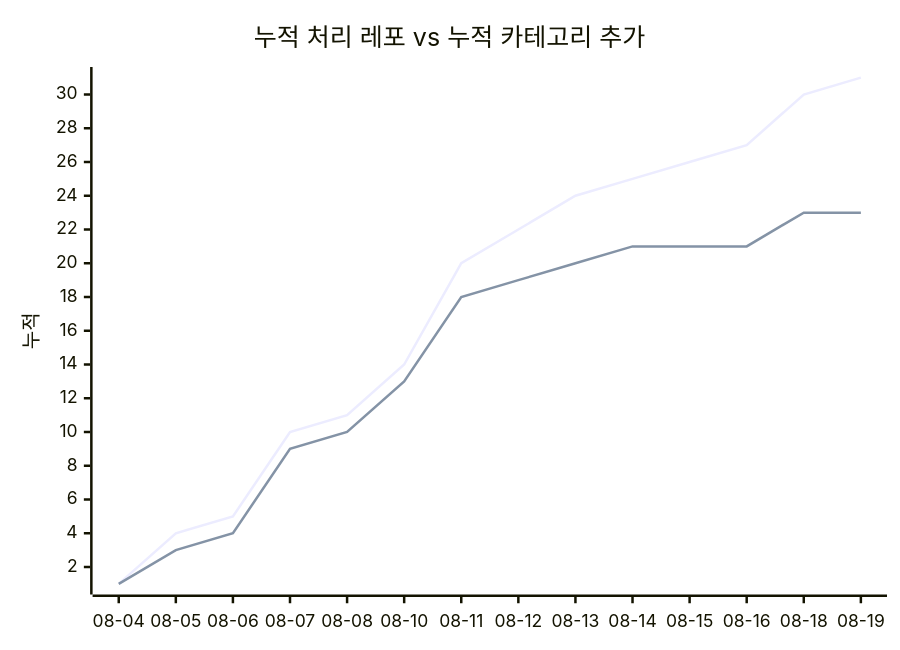
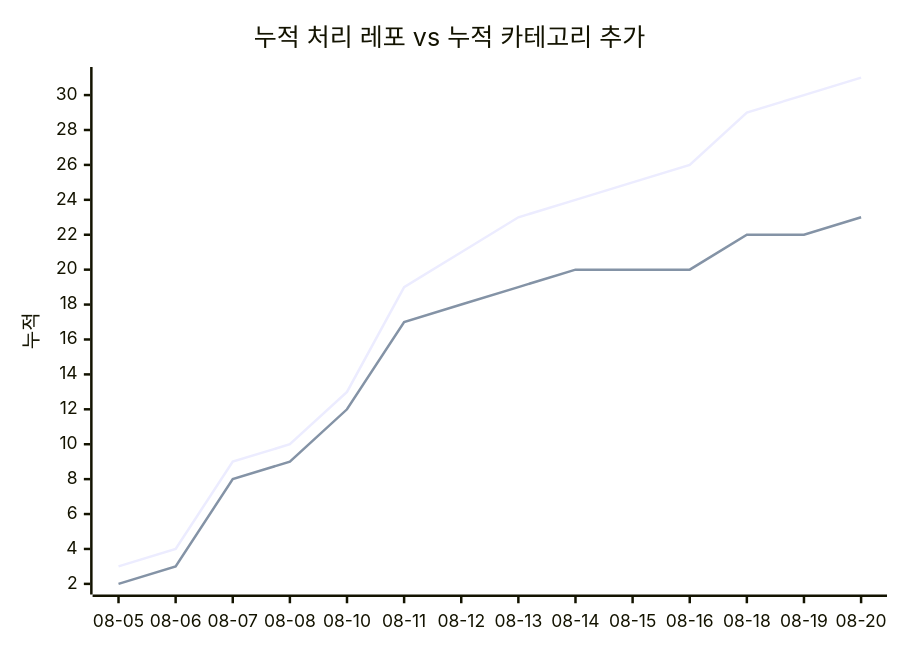
One commit to J-nowcow/awesome-korean-agent-skills changed the second of 2 diagrams in docs/trends.md. Above: the diagram before and after it, drawn with Mermaid. The commit also changed other lines of this file and 4 other files, not shown here.

````diff
--- a/docs/trends.md
+++ b/docs/trends.md
@@ -68,8 +68,8 @@
 ```mermaid
 xychart-beta
     title "누적 처리 레포 vs 누적 카테고리 추가"
-    x-axis ["08-04","08-05","08-06","08-07","08-08","08-10","08-11","08-12","08-13","08-14","08-15","08-16","08-18","08-19"]
+    x-axis ["08-05","08-06","08-07","08-08","08-10","08-11","08-12","08-13","08-14","08-15","08-16","08-18","08-19","08-20"]
     y-axis "누적"
-    line [1,4,5,10,11,14,20,22,24,25,26,27,30,31]
-    line [1,3,4,9,10,13,18,19,20,21,21,21,23,23]
+    line [3,4,9,10,13,19,21,23,24,25,26,29,30,31]
+    line [2,3,8,9,12,17,18,19,20,20,20,22,22,23]
 ```
````
